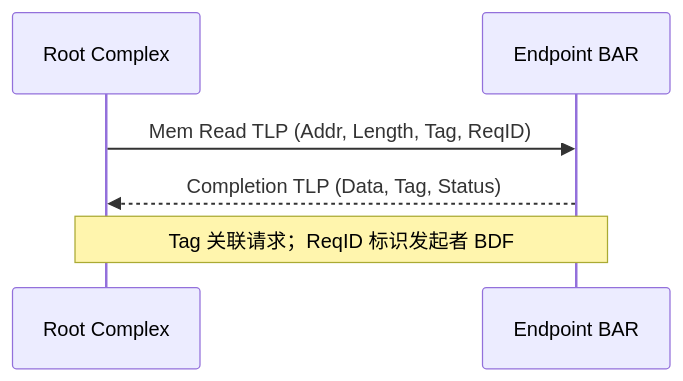
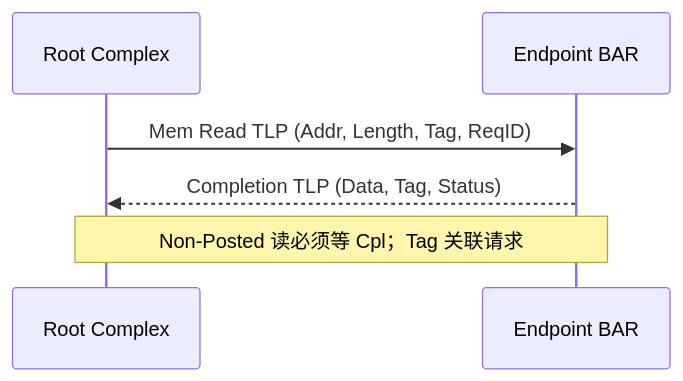
The third of 3 diagrams in articles/csdn-merged/驱动开发-PCI与PCIe硬件原理配置空间BAR与Linux驱动完整篇.md (yanggan2015/knowledge-json-v2), drawn with Mermaid before and after one commit. The commit also changed other lines of this file and 3 other files, not shown here.

````diff
--- a/articles/csdn-merged/驱动开发-PCI与PCIe硬件原理配置空间BAR与Linux驱动完整篇.md
+++ b/articles/csdn-merged/驱动开发-PCI与PCIe硬件原理配置空间BAR与Linux驱动完整篇.md
@@ -229,8 +191,8 @@
 ```mermaid
 sequenceDiagram
     participant CPU as Root Complex
     participant EP as Endpoint BAR
     CPU->>EP: Mem Read TLP (Addr, Length, Tag, ReqID)
     EP-->>CPU: Completion TLP (Data, Tag, Status)
-    Note over CPU,EP: Tag 关联请求；ReqID 标识发起者 BDF
+    Note over CPU,EP: Non-Posted 读必须等 Cpl；Tag 关联请求
 ```
````
